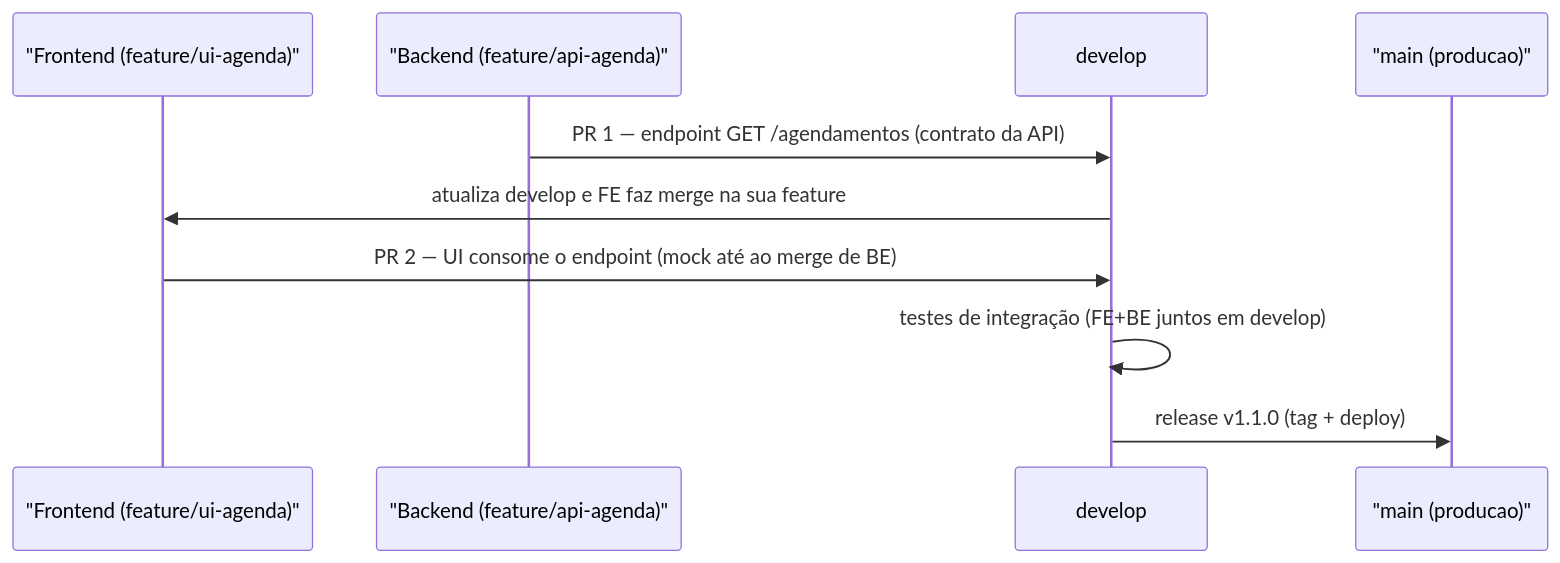
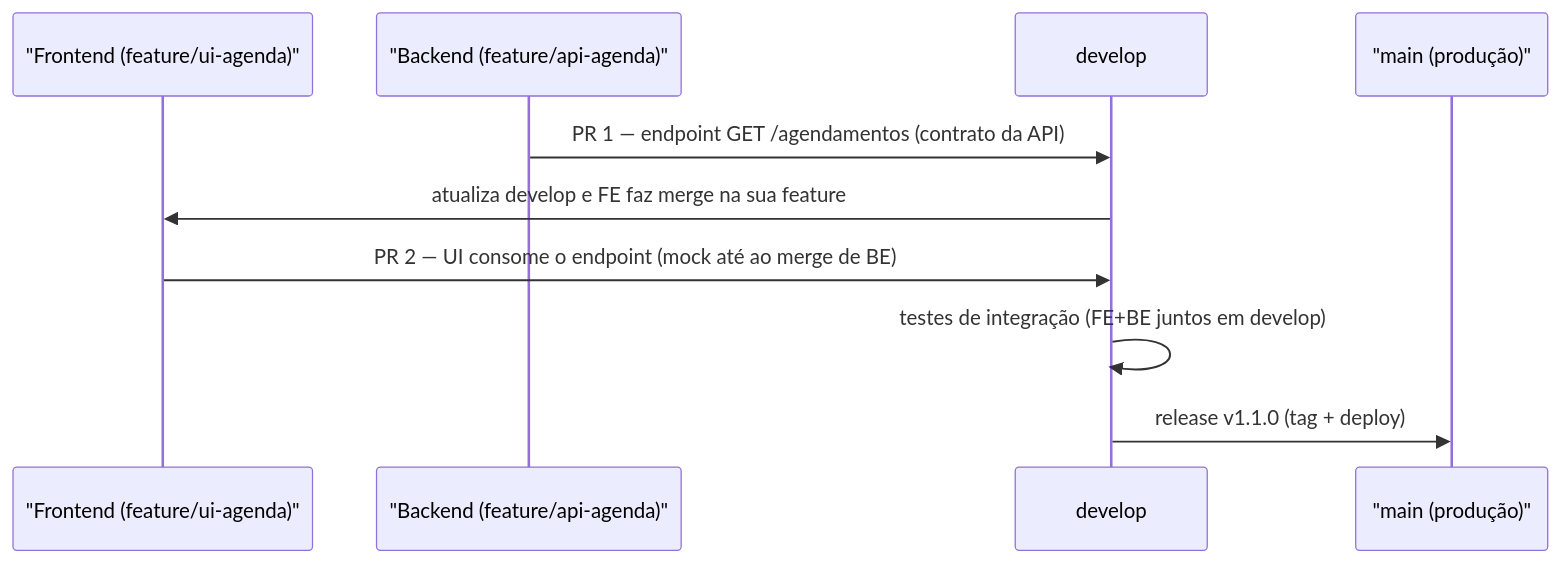
The second of 3 diagrams in 08-Workflows-Profissionais/02-Workflow-Cuidar-Angola.md (BerniloBernardo-boot/Git-e-GitHub), drawn with Mermaid before and after one commit. The commit also changed other lines of this file and 13 other files, not shown here.

Commit message:
docs: traduz elementos explicativos dos diagramas para PT-PT

````diff
--- a/08-Workflows-Profissionais/02-Workflow-Cuidar-Angola.md
+++ b/08-Workflows-Profissionais/02-Workflow-Cuidar-Angola.md
@@ -35,12 +35,12 @@
 ```mermaid
 sequenceDiagram
     participant FE as "Frontend (feature/ui-agenda)"
     participant BE as "Backend (feature/api-agenda)"
     participant D as develop
-    participant M as "main (producao)"
+    participant M as "main (produção)"
     BE->>D: PR 1 — endpoint GET /agendamentos (contrato da API)
     D->>FE: atualiza develop e FE faz merge na sua feature
     FE->>D: PR 2 — UI consome o endpoint (mock até ao merge de BE)
     D->>D: testes de integração (FE+BE juntos em develop)
     D->>M: release v1.1.0 (tag + deploy)
 ```
````
